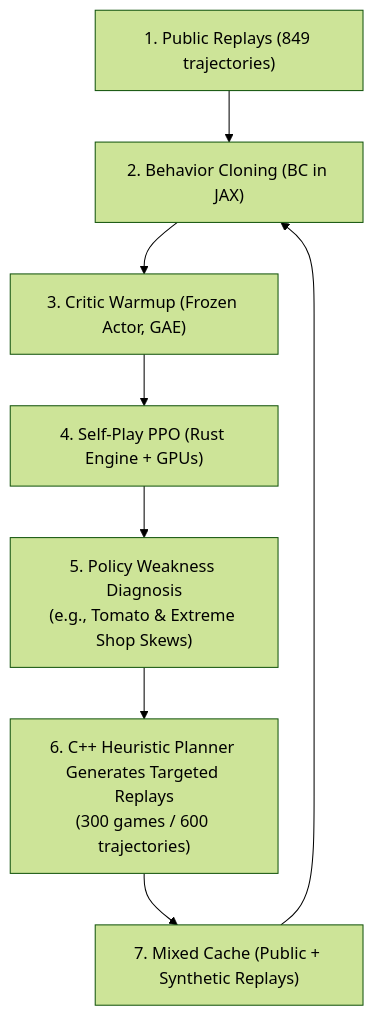
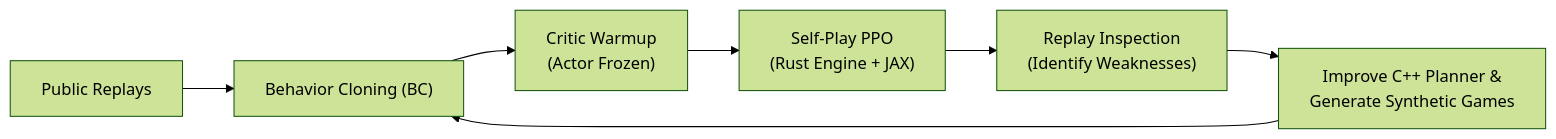
The diagram in docs/lessons_learned_1st_place.md (ergousha/kaggriculture), drawn with Mermaid (forest theme) before and after one commit. The commit also changed other lines of this file and 2 other files, not shown here.

````diff
--- a/docs/lessons_learned_1st_place.md
+++ b/docs/lessons_learned_1st_place.md
@@ -55,10 +53,9 @@
 ```mermaid
-flowchart TD
-    A["1. Public Replays (849 trajectories)"] --> B["2. Behavior Cloning (BC in JAX)"]
-    B --> C["3. Critic Warmup (Frozen Actor, GAE)"]
-    C --> D["4. Self-Play PPO (Rust Engine + GPUs)"]
-    D --> E["5. Policy Weakness Diagnosis\n(e.g., Tomato & Extreme Shop Skews)"]
-    E --> F["6. C++ Heuristic Planner Generates Targeted Replays\n(300 games / 600 trajectories)"]
-    F --> G["7. Mixed Cache (Public + Synthetic Replays)"]
-    G --> B
+flowchart LR
+    A["Public Replays"] --> B["Behavior Cloning (BC)"]
+    B --> C["Critic Warmup\n(Actor Frozen)"]
+    C --> D["Self-Play PPO\n(Rust Engine + JAX)"]
+    D --> E["Replay Inspection\n(Identify Weaknesses)"]
+    E --> F["Improve C++ Planner &\nGenerate Synthetic Games"]
+    F --> B
 ```
````
